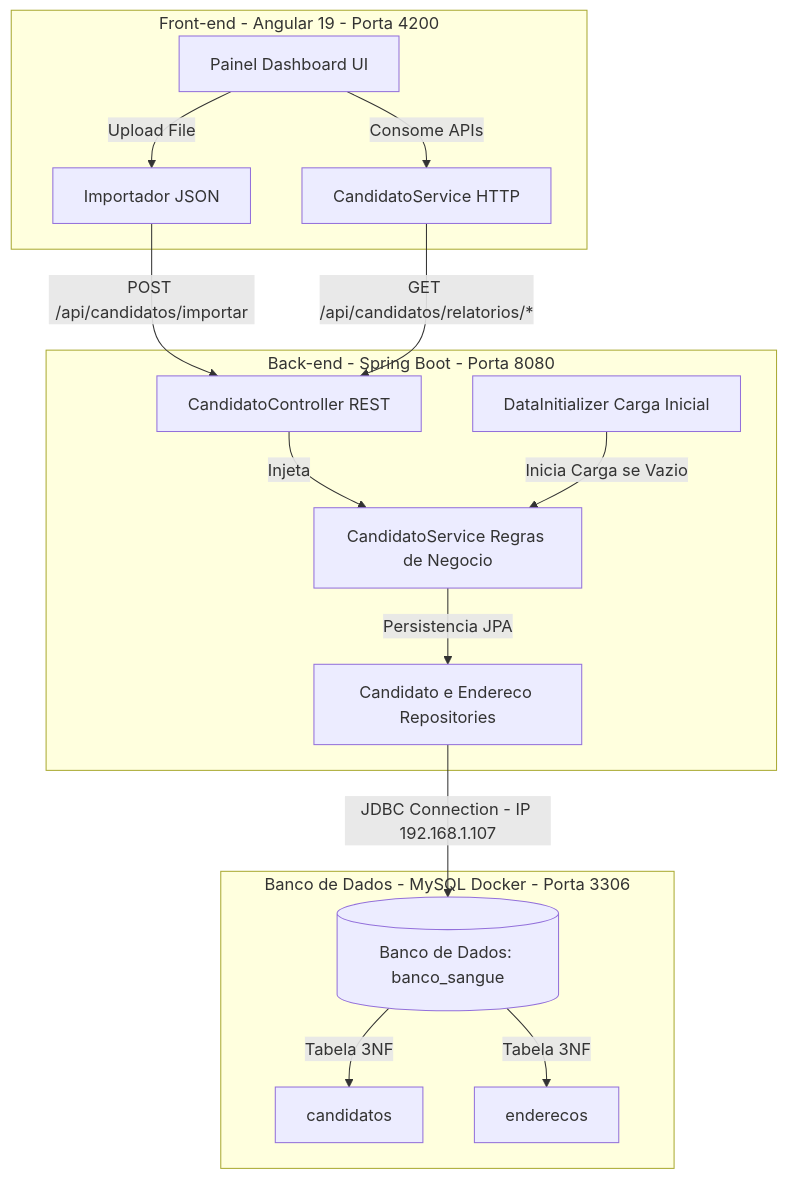
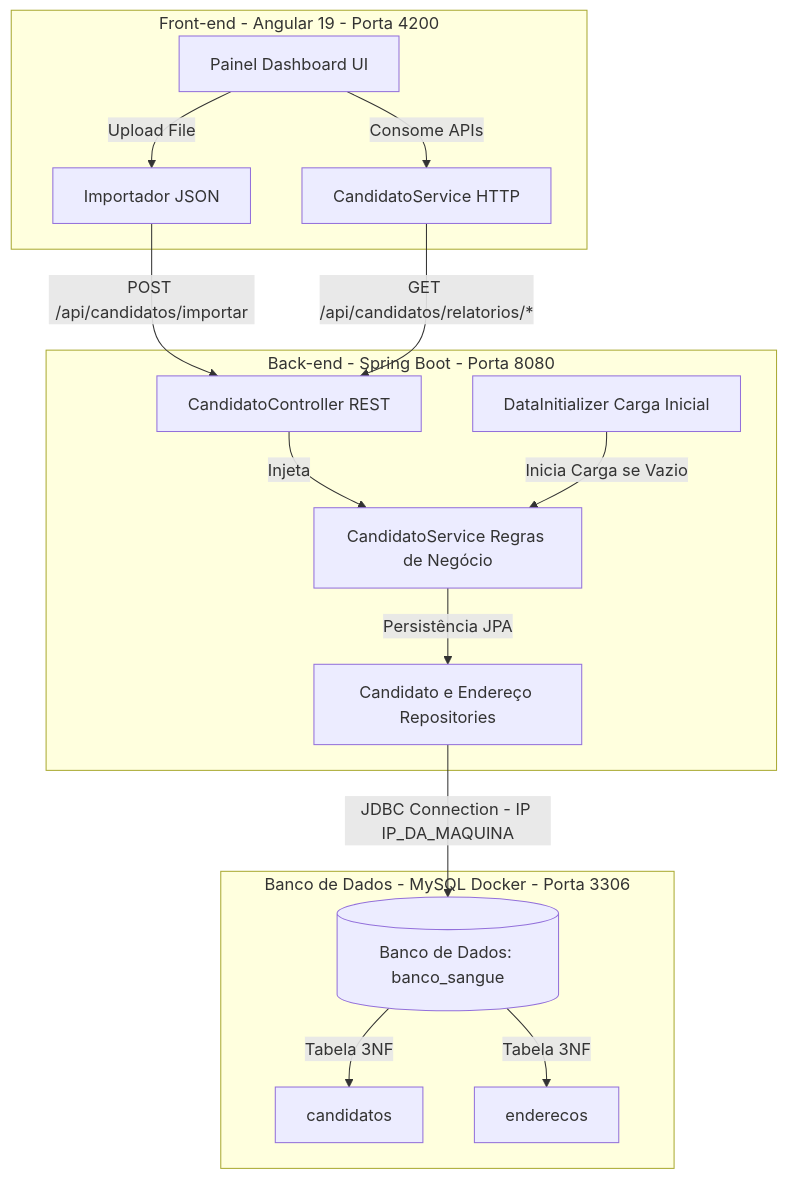
Before and after one commit to nsouzarj/testetrab: the diagram in README.md, drawn with Mermaid. The commit also changed other lines of this file and 1 other file, not shown here.

````diff
--- a/README.md
+++ b/README.md
@@ -67,23 +94,23 @@
 ```mermaid
 graph TD
-    subgraph Frontend [Front-end - Angular 19 - Porta 4200]
-        UI[Painel Dashboard UI] -->|Upload File| Upload[Importador JSON]
-        UI -->|Consome APIs| Client[CandidatoService HTTP]
+    subgraph Frontend ["Front-end - Angular 19 - Porta 4200"]
+        UI["Painel Dashboard UI"] -->|Upload File| Upload["Importador JSON"]
+        UI -->|Consome APIs| Client["CandidatoService HTTP"]
     end
 
-    subgraph Backend [Back-end - Spring Boot - Porta 8080]
-        Ctrl[CandidatoController REST] -->|Injeta| Serv[CandidatoService Regras de Negocio]
-        Init[DataInitializer Carga Inicial] -->|Inicia Carga se Vazio| Serv
-        Serv -->|Persistencia JPA| Repos[Candidato e Endereco Repositories]
+    subgraph Backend ["Back-end - Spring Boot - Porta 8080"]
+        Ctrl["CandidatoController REST"] -->|Injeta| Serv["CandidatoService Regras de Negócio"]
+        Init["DataInitializer Carga Inicial"] -->|Inicia Carga se Vazio| Serv
+        Serv -->|Persistência JPA| Repos["Candidato e Endereço Repositories"]
     end
 
-    subgraph DatabaseServer [Banco de Dados - MySQL Docker - Porta 3306]
-        DB[(Banco de Dados: banco_sangue)]
-        DB -->|Tabela 3NF| T1[candidatos]
-        DB -->|Tabela 3NF| T2[enderecos]
+    subgraph DatabaseServer ["Banco de Dados - MySQL Docker - Porta 3306"]
+        DB[("Banco de Dados: banco_sangue")]
+        DB -->|Tabela 3NF| T1["candidatos"]
+        DB -->|Tabela 3NF| T2["enderecos"]
     end
 
-    Upload -->|POST /api/candidatos/importar| Ctrl
-    Client -->|GET /api/candidatos/relatorios/*| Ctrl
-    Repos -->|JDBC Connection - IP 192.168.1.107| DB
+    Upload -->|"POST /api/candidatos/importar"| Ctrl
+    Client -->|"GET /api/candidatos/relatorios/*"| Ctrl
+    Repos -->|"JDBC Connection - IP IP_DA_MAQUINA"| DB
 ```
````
